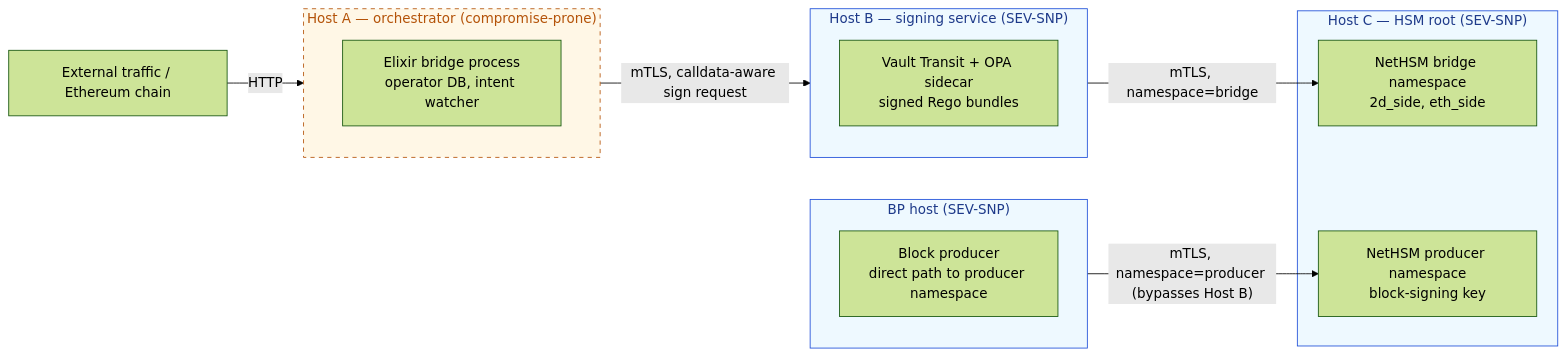
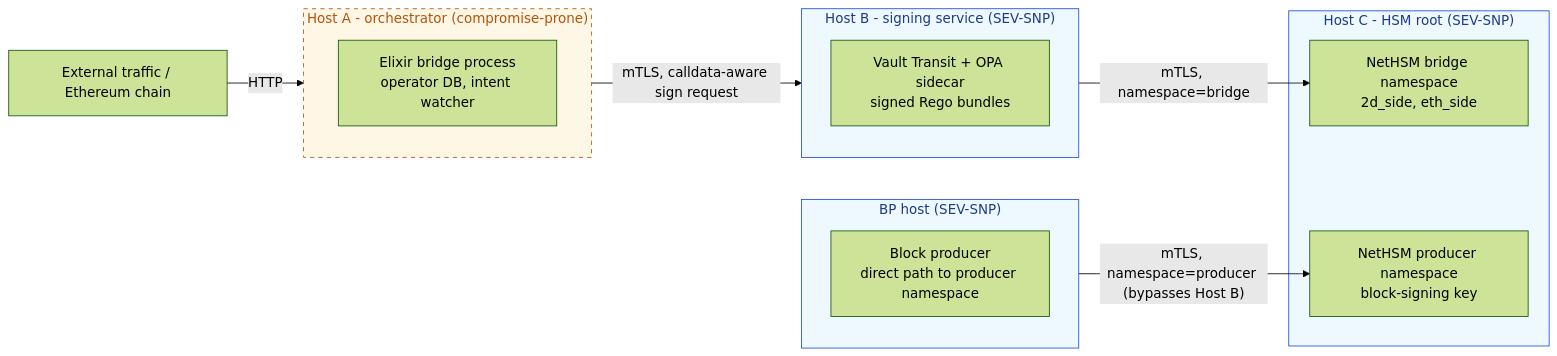
The first of 3 diagrams in src/content/docs/ru/architecture/hsm-topology.mdx (igor53627/2d-docs), drawn with Mermaid (forest theme) before and after one commit. The commit also changed other lines of this file and 14 other files, not shown here.

Commit message:
docs: align architecture pages with chain code

````diff
--- a/src/content/docs/ru/architecture/hsm-topology.mdx
+++ b/src/content/docs/ru/architecture/hsm-topology.mdx
@@ -40,24 +40,24 @@
 ```mermaid
 flowchart LR
   user["External traffic / Ethereum chain"] -->|HTTP| A
-  subgraph A["Host A — orchestrator (compromise-prone)"]
+  subgraph A["Host A - orchestrator (compromise-prone)"]
     orch["Elixir bridge process<br/>operator DB, intent watcher"]
   end
-  subgraph B["Host B — signing service (SEV-SNP)"]
+  subgraph B["Host B - signing service (SEV-SNP)"]
     vault["Vault Transit + OPA sidecar<br/>signed Rego bundles"]
   end
-  subgraph C["Host C — HSM root (SEV-SNP)"]
+  subgraph C["Host C - HSM root (SEV-SNP)"]
     hsmBridge["NetHSM bridge namespace<br/>2d_side, eth_side"]
     hsmProducer["NetHSM producer namespace<br/>block-signing key"]
   end
   subgraph BP["BP host (SEV-SNP)"]
     producer["Block producer<br/>direct path to producer namespace"]
   end
   A -->|"mTLS, calldata-aware sign request"| B
   B -->|"mTLS, namespace=bridge"| hsmBridge
   BP -->|"mTLS, namespace=producer (bypasses Host B)"| hsmProducer
   classDef compromiseProne fill:#fff7e6,stroke:#b45309,color:#b45309,stroke-dasharray: 5 5
   classDef snp fill:#eef9ff,stroke:#1d4ed8,color:#1e3a8a
   class A compromiseProne
   class B,C,BP snp
 ```
````
